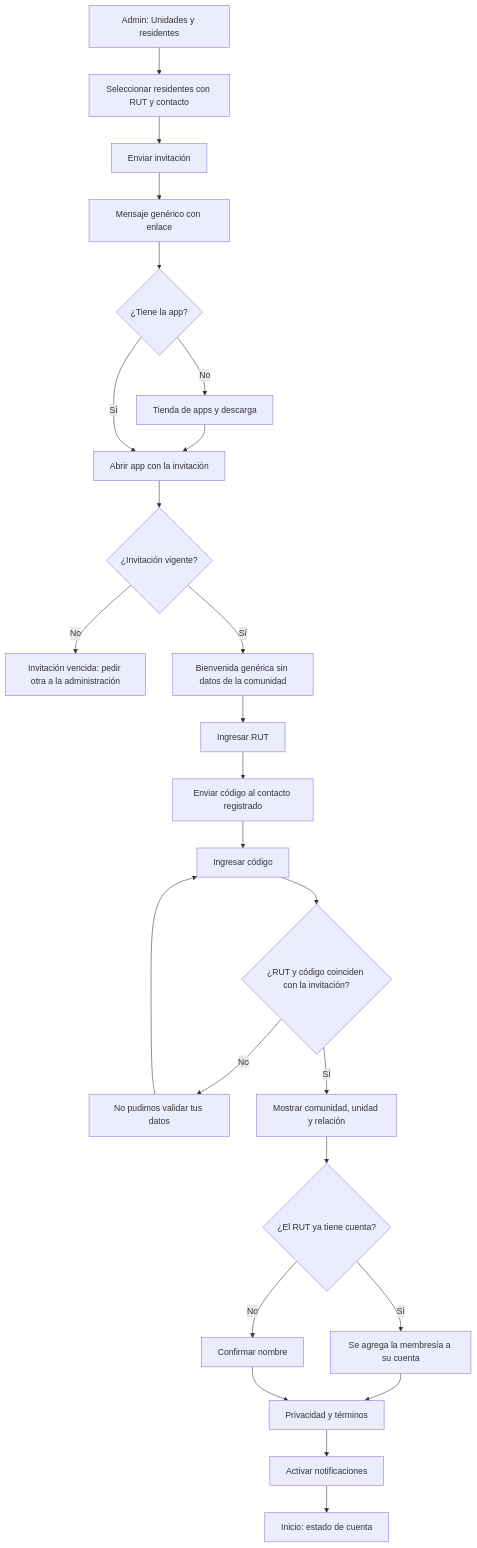
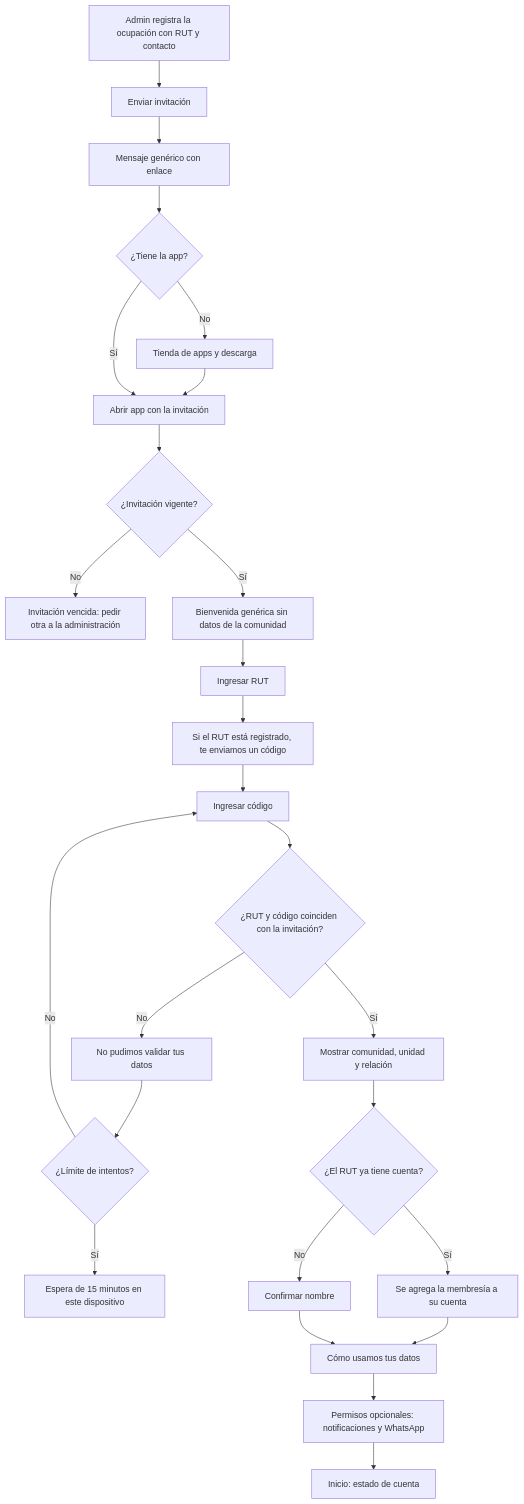
Before and after one commit to misterexcel/ComVive: the diagram in docs/design/flujos/residente-primer-ingreso.md, drawn with Mermaid. The commit also changed other lines of this file and 20 other files, not shown here.

First line of the commit message:
docs: resolve design review 2 across spec, architecture, design and QA

````diff
--- a/docs/design/flujos/residente-primer-ingreso.md
+++ b/docs/design/flujos/residente-primer-ingreso.md
@@ -16,27 +27,28 @@
 ```mermaid
 flowchart TD
-  A["Admin: Unidades y residentes"] --> B["Seleccionar residentes con RUT y contacto"]
-  B --> C["Enviar invitación"]
+  A["Admin registra la ocupación con RUT y contacto"] --> C["Enviar invitación"]
   C --> D["Mensaje genérico con enlace"]
   D --> E{"¿Tiene la app?"}
   E -->|No| F["Tienda de apps y descarga"]
   F --> G["Abrir app con la invitación"]
   E -->|Sí| G
   G --> H{"¿Invitación vigente?"}
   H -->|No| I["Invitación vencida: pedir otra a la administración"]
   H -->|Sí| J["Bienvenida genérica sin datos de la comunidad"]
   J --> K["Ingresar RUT"]
-  K --> L["Enviar código al contacto registrado"]
+  K --> L["Si el RUT está registrado, te enviamos un código"]
   L --> M["Ingresar código"]
   M --> N{"¿RUT y código coinciden con la invitación?"}
   N -->|No| O["No pudimos validar tus datos"]
-  O --> M
+  O --> M1{"¿Límite de intentos?"}
+  M1 -->|No| M
+  M1 -->|Sí| M2["Espera de 15 minutos en este dispositivo"]
   N -->|Sí| P["Mostrar comunidad, unidad y relación"]
   P --> Q{"¿El RUT ya tiene cuenta?"}
   Q -->|Sí| R["Se agrega la membresía a su cuenta"]
   Q -->|No| S["Confirmar nombre"]
-  R --> T["Privacidad y términos"]
+  R --> T["Cómo usamos tus datos"]
   S --> T
-  T --> U["Activar notificaciones"]
+  T --> U["Permisos opcionales: notificaciones y WhatsApp"]
   U --> V["Inicio: estado de cuenta"]
 ```
````
